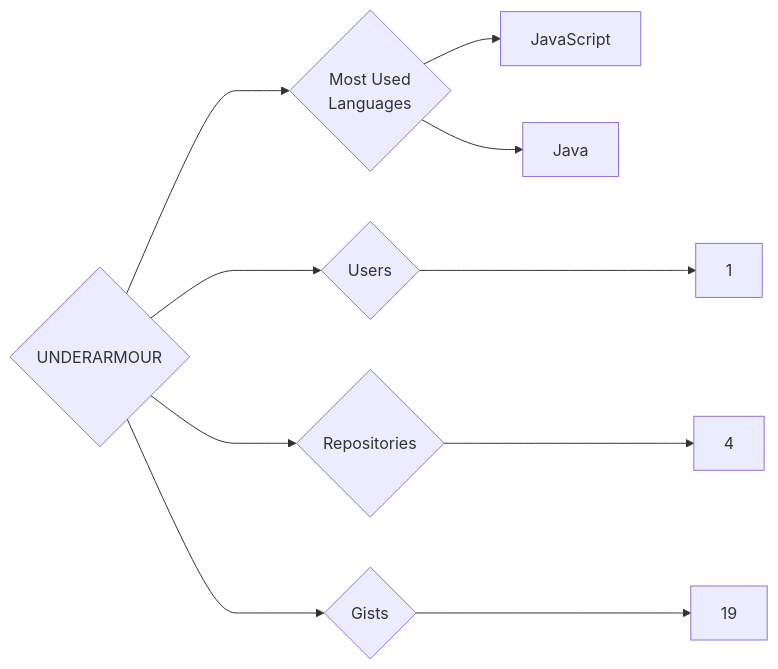
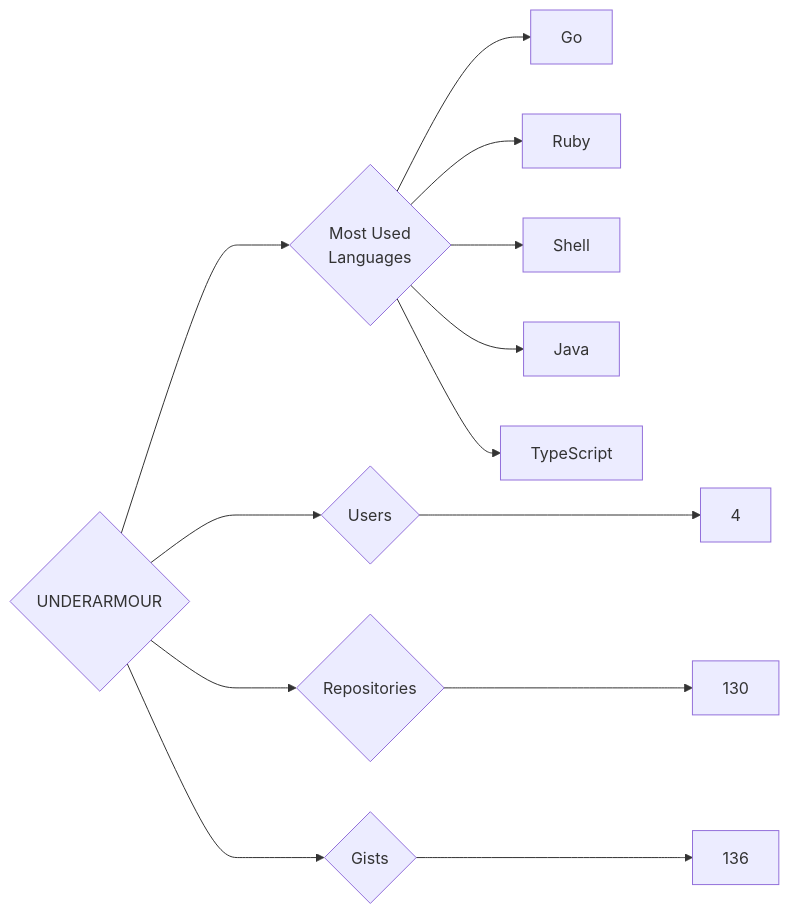
Before and after one commit to trickest/insiders: the diagram in targets/UNDERARMOUR/README.md, drawn with Mermaid. The commit also changed 1696 other files, not shown here.

````diff
--- a/targets/UNDERARMOUR/README.md
+++ b/targets/UNDERARMOUR/README.md
@@ -3,10 +3,13 @@
 ```mermaid
 graph LR
 COMPANY_NAME{UNDERARMOUR}
-COMPANY_NAME ---> U{Users} ---> UN[1]
-COMPANY_NAME ---> R{Repositories} ---> RN[4]
-COMPANY_NAME ---> G{Gists} ---> GN[19]
+COMPANY_NAME ---> U{Users} ---> UN[4]
+COMPANY_NAME ---> R{Repositories} ---> RN[130]
+COMPANY_NAME ---> G{Gists} ---> GN[136]
 COMPANY_NAME ---> ML{Most Used<br>Languages}
-ML --> JavaScript[JavaScript]
+ML --> Go[Go]
+ML --> Ruby[Ruby]
+ML --> Shell[Shell]
 ML --> Java[Java]
+ML --> TypeScript[TypeScript]
 ```
````
